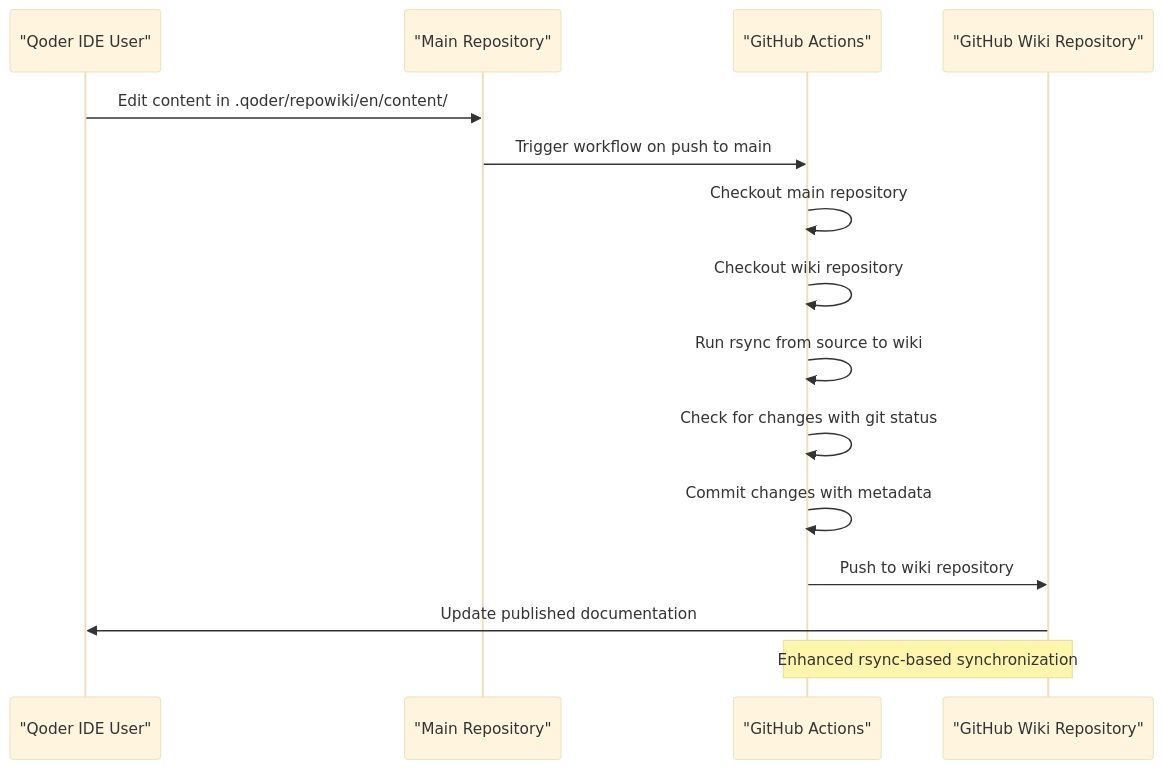
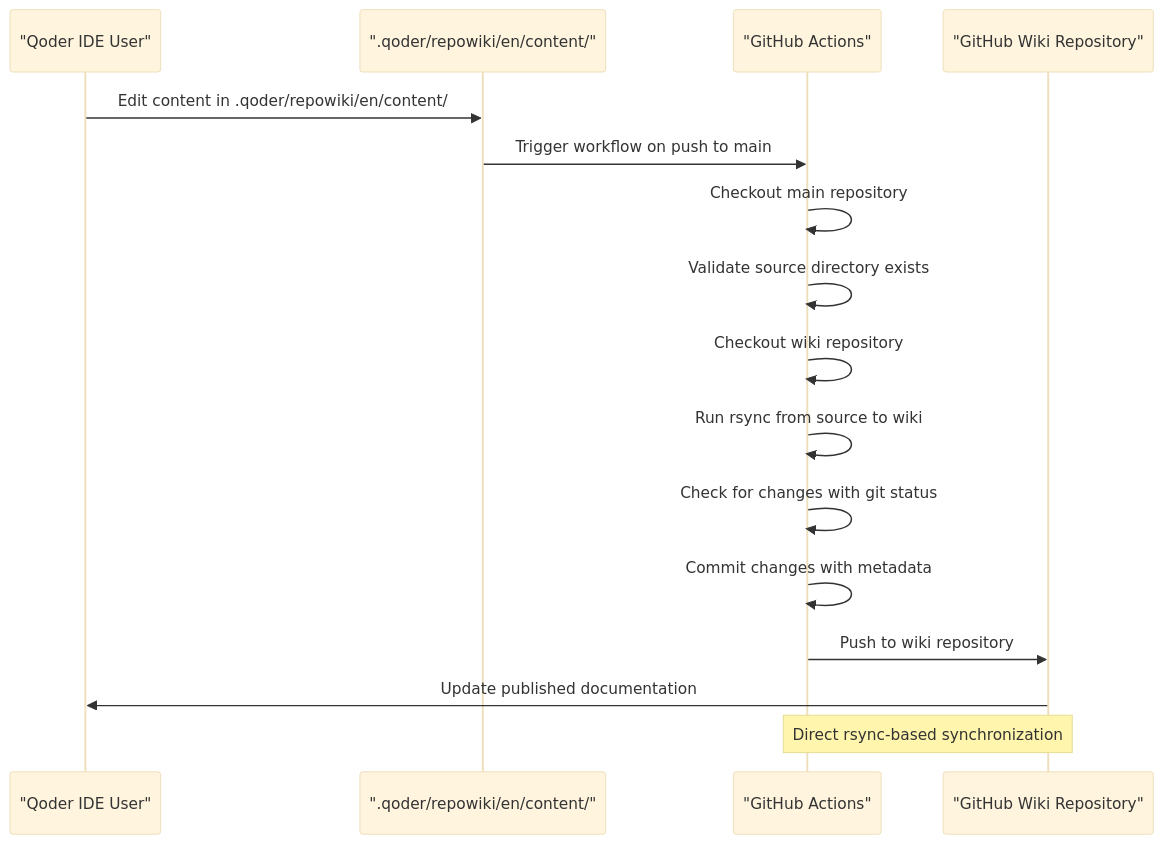
One commit to debian777/kairos-mcp changed the third of 6 diagrams in .qoder/repowiki/en/content/Development Tools/Wiki Synchronization System.md. Above: the diagram before and after it, drawn with Mermaid (base theme). The commit also changed other lines of this file and 16 other files, not shown here.

Commit message:
chore: sync repowiki content and add ai-truth-first rule

````diff
--- a/.qoder/repowiki/en/content/Development Tools/Wiki Synchronization System.md
+++ b/.qoder/repowiki/en/content/Development Tools/Wiki Synchronization System.md
@@ -183,17 +171,18 @@
 ```mermaid
 sequenceDiagram
 participant Dev as "Qoder IDE User"
-participant Repo as "Main Repository"
+participant SourceDir as ".qoder/repowiki/en/content/"
 participant Actions as "GitHub Actions"
 participant WikiRepo as "GitHub Wiki Repository"
-Dev->>Repo : Edit content in .qoder/repowiki/en/content/
-Repo->>Actions : Trigger workflow on push to main
+Dev->>SourceDir : Edit content in .qoder/repowiki/en/content/
+SourceDir->>Actions : Trigger workflow on push to main
 Actions->>Actions : Checkout main repository
+Actions->>Actions : Validate source directory exists
 Actions->>Actions : Checkout wiki repository
 Actions->>Actions : Run rsync from source to wiki
 Actions->>Actions : Check for changes with git status
 Actions->>Actions : Commit changes with metadata
 Actions->>WikiRepo : Push to wiki repository
 WikiRepo->>Dev : Update published documentation
-Note over Actions,WikiRepo : Enhanced rsync-based synchronization
+Note over Actions,WikiRepo : Direct rsync-based synchronization
 ```
````
